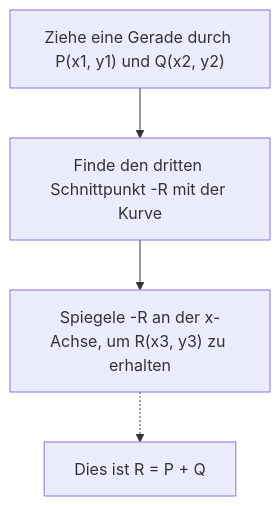
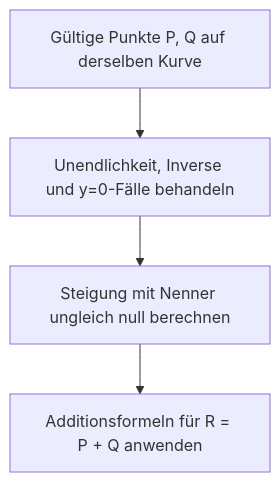
One commit to kenjinote/blog changed the first of 3 diagrams in content/post/楕円曲線暗号の数学的基礎とcppでの実装/index.de.md. Above: the diagram before and after it, drawn with Mermaid. The commit also changed other lines of this file and 6 other files, not shown here.

````diff
--- a/content/post/楕円曲線暗号の数学的基礎とcppでの実装/index.de.md
+++ b/content/post/楕円曲線暗号の数学的基礎とcppでの実装/index.de.md
@@ -112,6 +81,6 @@
 ```mermaid
 graph TD
-    Step1["Ziehe eine Gerade durch P(x1, y1) und Q(x2, y2)"] --> Step2["Finde den dritten Schnittpunkt -R mit der Kurve"]
-    Step2 --> Step3["Spiegele -R an der x-Achse, um R(x3, y3) zu erhalten"]
-    Step3 -.-> Result["Dies ist R = P + Q"]
+    A["Gültige Punkte P, Q auf derselben Kurve"] --> B["Unendlichkeit, Inverse und y=0-Fälle behandeln"]
+    B --> C["Steigung mit Nenner ungleich null berechnen"]
+    C --> D["Additionsformeln für R = P + Q anwenden"]
 ```
````
